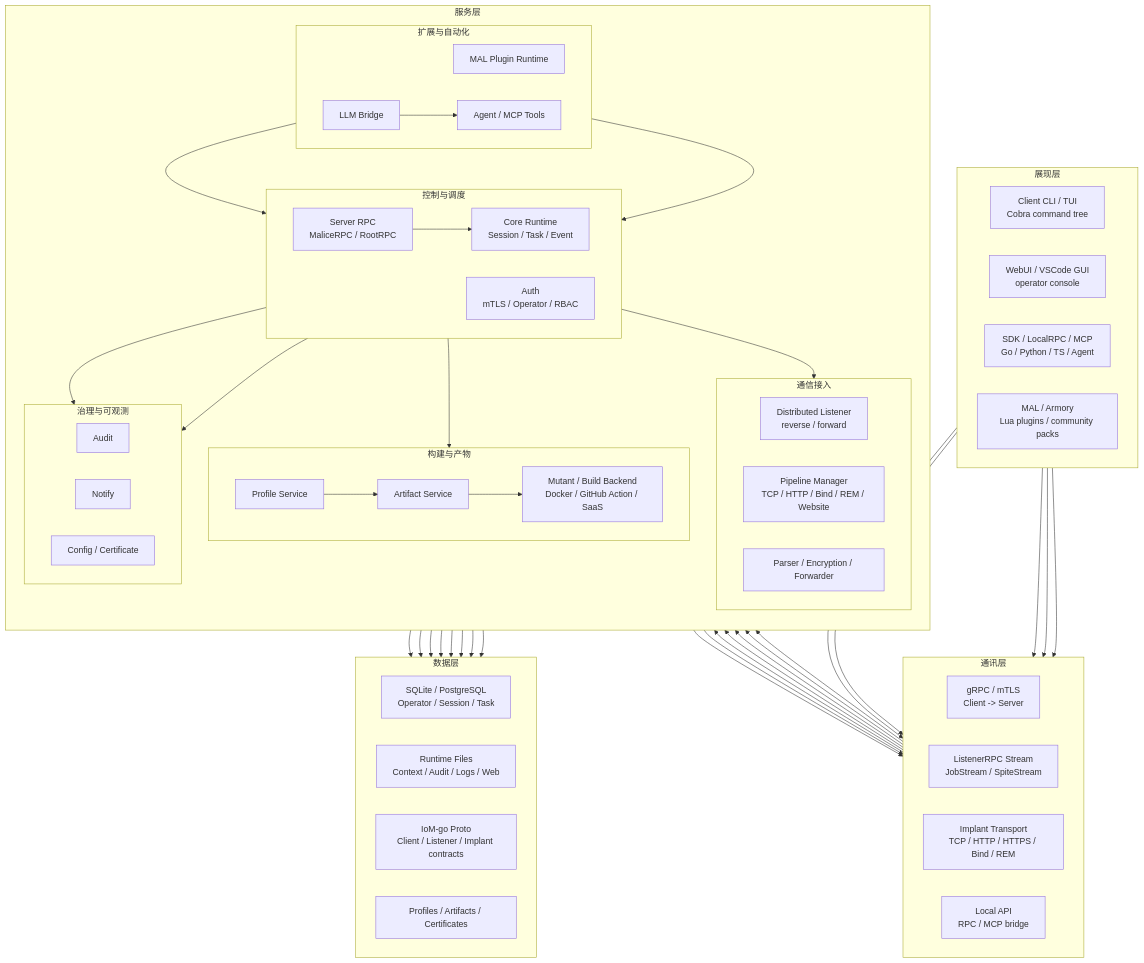
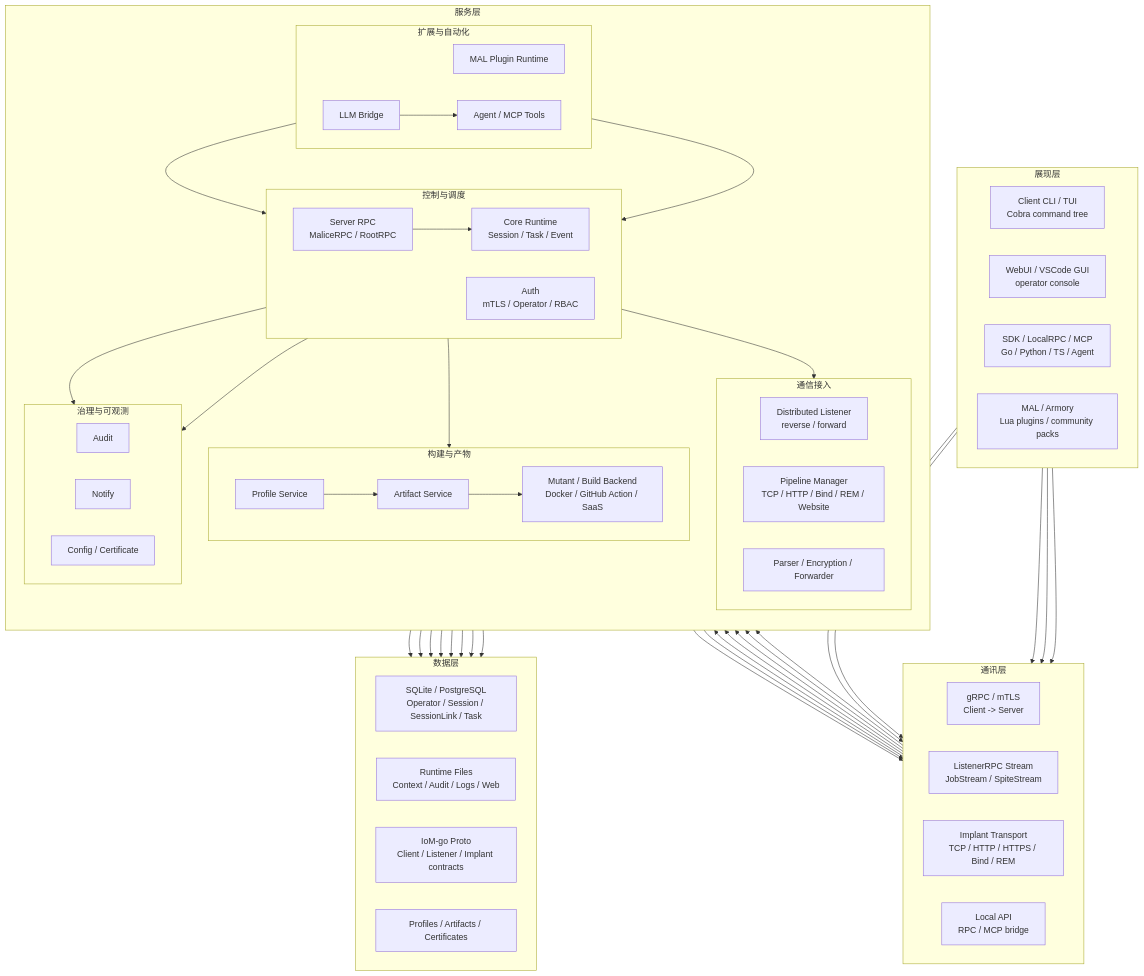
One commit to chainreactors/malice-network changed the diagram in docs/architecture.md. Above: the diagram before and after it, drawn with Mermaid. The commit also changed other lines of this file and 13 other files, not shown here.

```diff
--- a/docs/architecture.md
+++ b/docs/architecture.md
@@ -70,7 +70,7 @@
     %% 数据层
     subgraph data["数据层"]
         direction LR
-        db["SQLite / PostgreSQL<br/>Operator / Session / Task"]
+        db["SQLite / PostgreSQL<br/>Operator / Session / SessionLink / Task"]
         context["Runtime Files<br/>Context / Audit / Logs / Web"]
         proto["IoM-go Proto<br/>Client / Listener / Implant contracts"]
         assets["Profiles / Artifacts / Certificates"]
```
